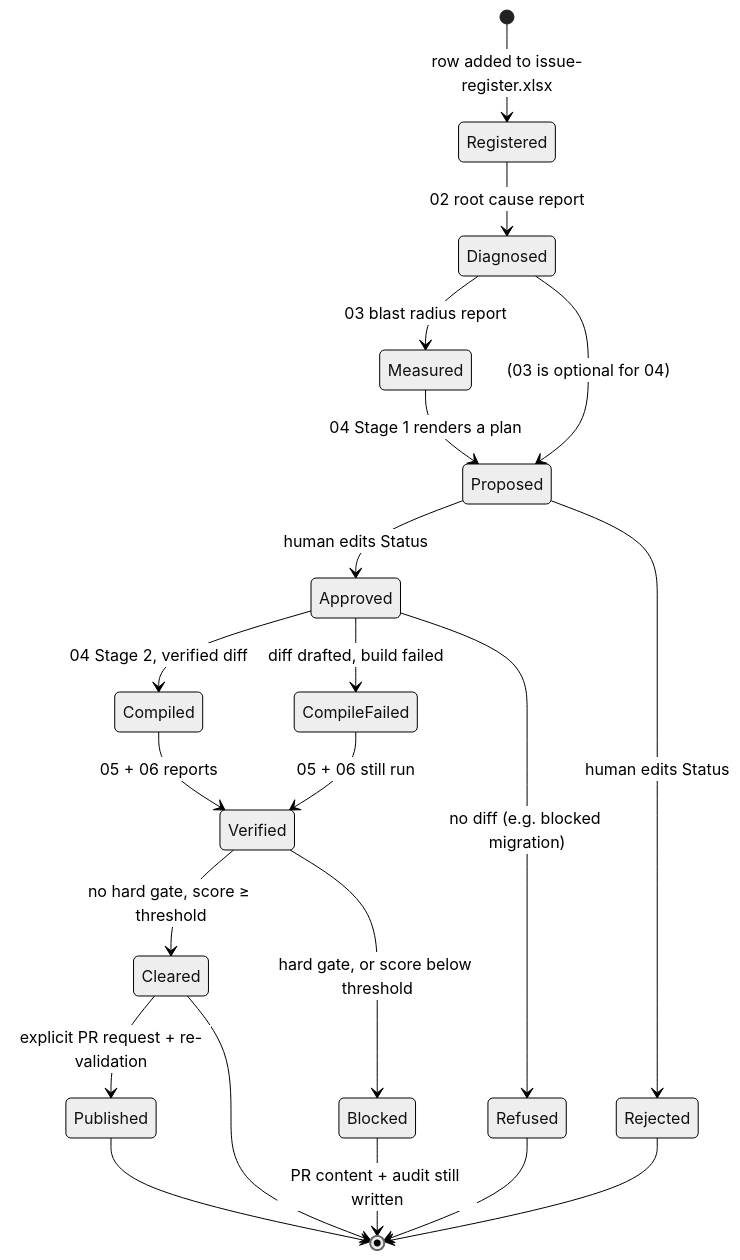
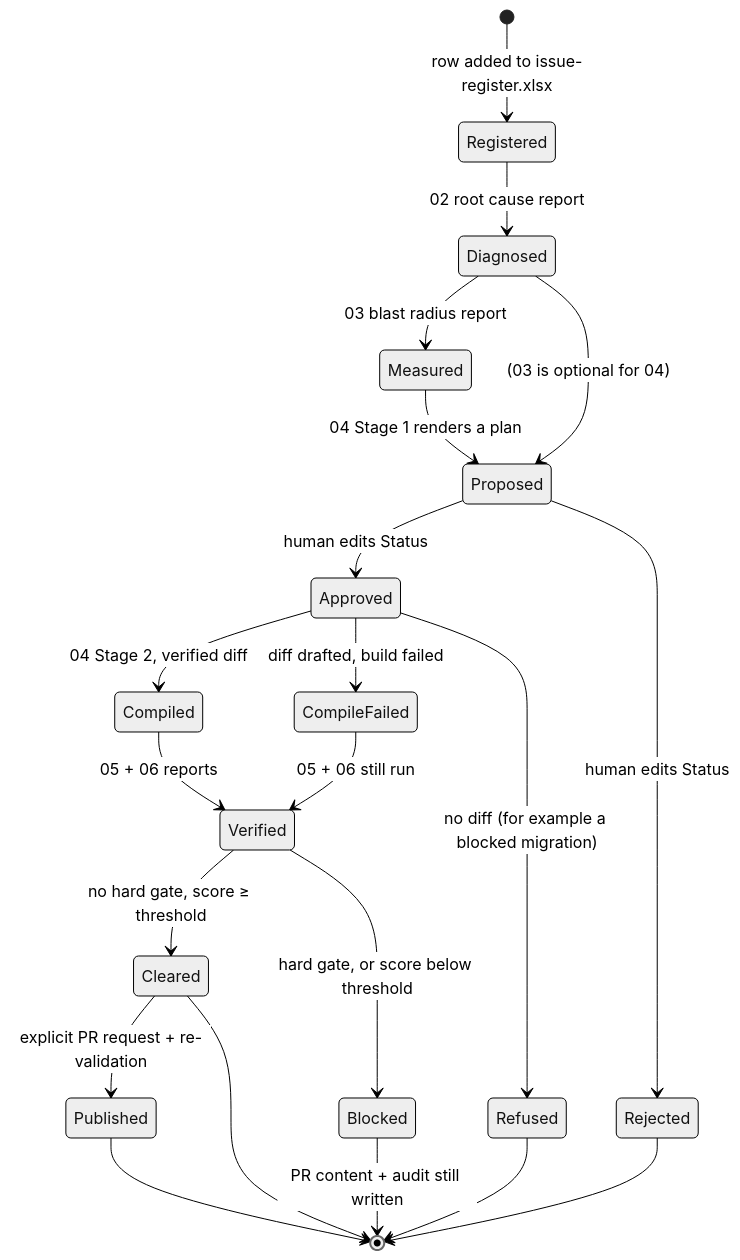
One commit to KrishnaAnnavaram/MARS changed the seventh of 31 diagrams in README.md. Above: the diagram before and after it, drawn with Mermaid (neutral theme). The commit also changed other lines of this file and 1 other file, not shown here.

````diff
--- a/README.md
+++ b/README.md
@@ -434,23 +449,23 @@
 ```mermaid
 stateDiagram-v2
     [*] --> Registered: row added to issue-register.xlsx
     Registered --> Diagnosed: 02 root cause report
     Diagnosed --> Measured: 03 blast radius report
     Measured --> Proposed: 04 Stage 1 renders a plan
     Diagnosed --> Proposed: (03 is optional for 04)
     Proposed --> Approved: human edits Status
     Proposed --> Rejected: human edits Status
     Rejected --> [*]
     Approved --> Compiled: 04 Stage 2, verified diff
     Approved --> CompileFailed: diff drafted, build failed
-    Approved --> Refused: no diff (e.g. blocked migration)
+    Approved --> Refused: no diff (for example a blocked migration)
     Refused --> [*]
     Compiled --> Verified: 05 + 06 reports
     CompileFailed --> Verified: 05 + 06 still run
     Verified --> Cleared: no hard gate, score ≥ threshold
     Verified --> Blocked: hard gate, or score below threshold
     Cleared --> Published: explicit PR request + re-validation
     Cleared --> [*]
     Blocked --> [*]: PR content + audit still written
     Published --> [*]
 ```
````
